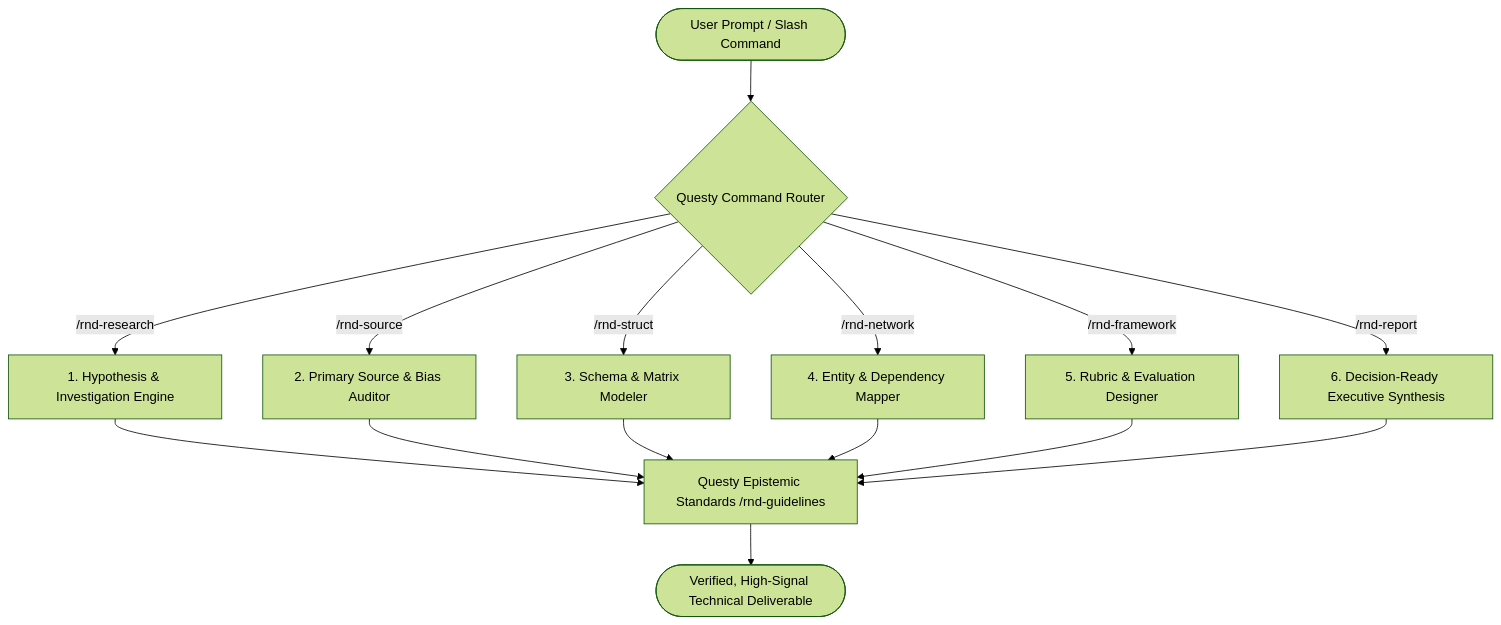
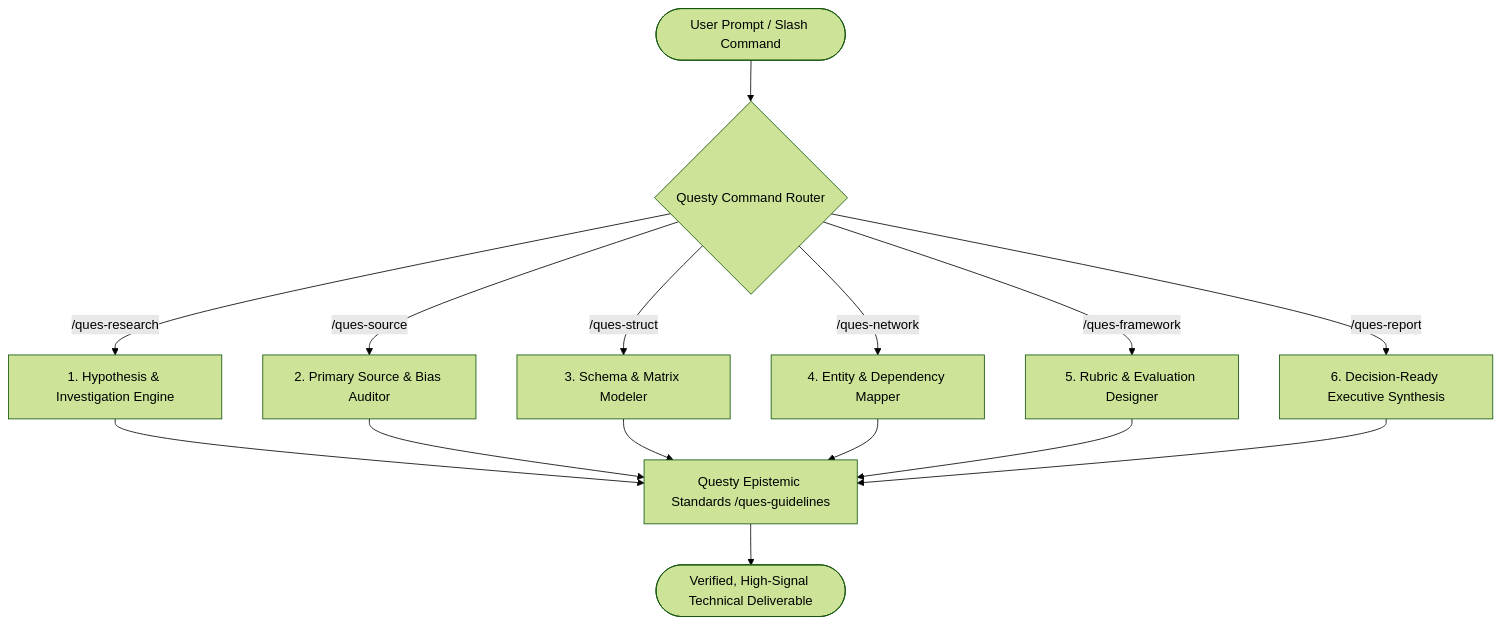
Before and after one commit to Team-Antimatr/Questy: the diagram in README.md, drawn with Mermaid (forest theme). The commit also changed other lines of this file and 19 other files, not shown here.

Commit message:
feat: Rename invoke command prefix from rnd- to ques- across all skills and platforms

````diff
--- a/README.md
+++ b/README.md
@@ -163,15 +163,15 @@
 ```mermaid
 flowchart TD
     User([User Prompt / Slash Command]) --> Router{Questy Command Router}
     
-    Router -->|/rnd-research| M1[1. Hypothesis & Investigation Engine]
-    Router -->|/rnd-source| M2[2. Primary Source & Bias Auditor]
-    Router -->|/rnd-struct| M3[3. Schema & Matrix Modeler]
-    Router -->|/rnd-network| M4[4. Entity & Dependency Mapper]
-    Router -->|/rnd-framework| M5[5. Rubric & Evaluation Designer]
-    Router -->|/rnd-report| M6[6. Decision-Ready Executive Synthesis]
+    Router -->|/ques-research| M1[1. Hypothesis & Investigation Engine]
+    Router -->|/ques-source| M2[2. Primary Source & Bias Auditor]
+    Router -->|/ques-struct| M3[3. Schema & Matrix Modeler]
+    Router -->|/ques-network| M4[4. Entity & Dependency Mapper]
+    Router -->|/ques-framework| M5[5. Rubric & Evaluation Designer]
+    Router -->|/ques-report| M6[6. Decision-Ready Executive Synthesis]
     
-    M1 & M2 & M3 & M4 & M5 & M6 --> CoreRules[Questy Epistemic Standards /rnd-guidelines]
+    M1 & M2 & M3 & M4 & M5 & M6 --> CoreRules[Questy Epistemic Standards /ques-guidelines]
     
     CoreRules --> Output([Verified, High-Signal Technical Deliverable])
 ```
````
